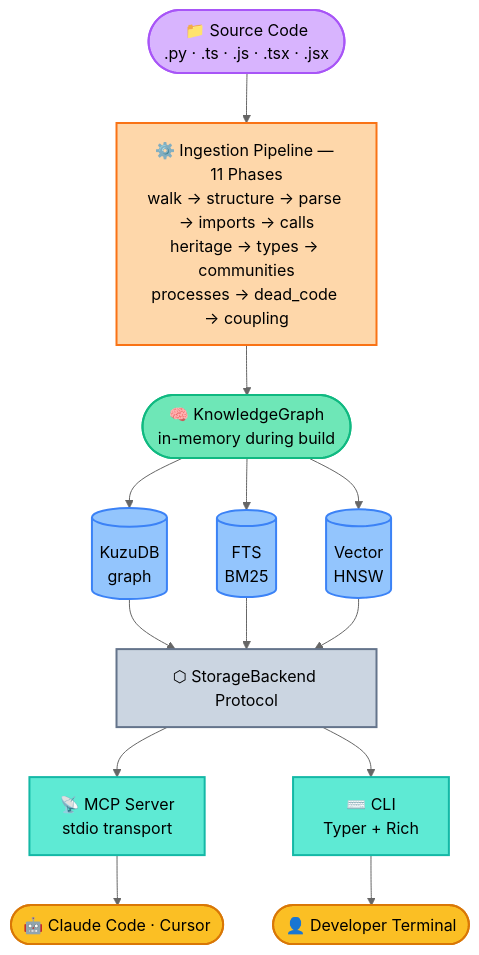
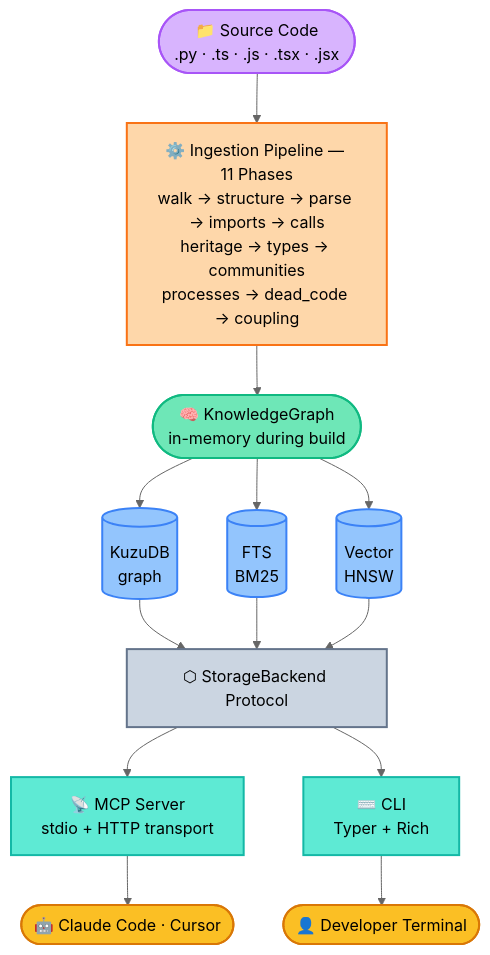
The second of 2 diagrams in README.md (scanadi/synaptiq), drawn with Mermaid (neutral theme) before and after one commit. The commit also changed other lines of this file and 7 other files, not shown here.

First line of the commit message:
feat: add HTTP MCP transport, --no-embeddings flag, update notifier, and logo

````diff
--- a/README.md
+++ b/README.md
@@ -518,48 +544,48 @@
 ```mermaid
 flowchart TB
     SRC(["📁 Source Code<br/>.py · .ts · .js · .tsx · .jsx"])
 
     PIPELINE["⚙️ Ingestion Pipeline — 11 Phases<br/>walk → structure → parse → imports → calls<br/>heritage → types → communities<br/>processes → dead_code → coupling"]
 
     KG(["🧠 KnowledgeGraph<br/>in-memory during build"])
 
     KUZU[(KuzuDB<br/>graph)]
     FTS[(FTS<br/>BM25)]
     VEC[(Vector<br/>HNSW)]
 
     PROTO["⬡ StorageBackend Protocol"]
 
-    MCP_OUT["📡 MCP Server<br/>stdio transport"]
+    MCP_OUT["📡 MCP Server<br/>stdio + HTTP transport"]
     CLI_OUT["⌨️ CLI<br/>Typer + Rich"]
 
     CLAUDE(["🤖 Claude Code · Cursor"])
     DEV(["👤 Developer Terminal"])
 
     SRC --> PIPELINE --> KG
     KG --> KUZU
     KG --> FTS
     KG --> VEC
     KUZU --> PROTO
     FTS --> PROTO
     VEC --> PROTO
     PROTO --> MCP_OUT
     PROTO --> CLI_OUT
     MCP_OUT --> CLAUDE
     CLI_OUT --> DEV
 
     classDef source fill:#d8b4fe,stroke:#a855f7,color:#000,stroke-width:2px
     classDef pipeline fill:#fed7aa,stroke:#f97316,color:#000,stroke-width:2px
     classDef kg fill:#6ee7b7,stroke:#10b981,color:#000,stroke-width:2px
     classDef store fill:#93c5fd,stroke:#3b82f6,color:#000,stroke-width:2px
     classDef proto fill:#cbd5e1,stroke:#64748b,color:#000,stroke-width:2px
     classDef iface fill:#5eead4,stroke:#14b8a6,color:#000,stroke-width:2px
     classDef user fill:#fbbf24,stroke:#d97706,color:#000,stroke-width:2px
 
     class SRC source
     class PIPELINE pipeline
     class KG kg
     class KUZU,FTS,VEC store
     class PROTO proto
     class MCP_OUT,CLI_OUT iface
     class CLAUDE,DEV user
 ```
````
